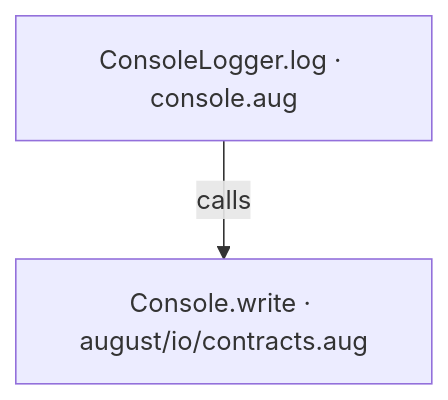
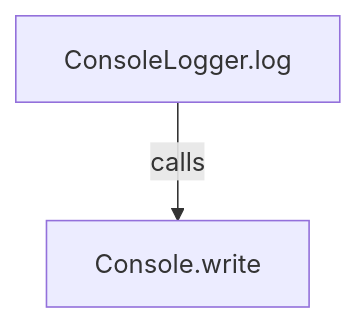
Before and after one commit to GreenPandaStudios/augscript: the second of 3 diagrams in docs/examples/new-syntax/console-diagrams.md, drawn with Mermaid. The commit also changed other lines of this file and 524 other files, not shown here.

Commit message:
Explain checked data flow at folder and service levels

````diff
--- a/docs/examples/new-syntax/console-diagrams.md
+++ b/docs/examples/new-syntax/console-diagrams.md
@@ -31,6 +31,6 @@
 ```mermaid
 flowchart TD
-    n0["Console.write · august/io/contracts.aug"]
-    n1["ConsoleLogger.log · console.aug"]
+    n0["Console.write"]
+    n1["ConsoleLogger.log"]
     n1 -->|"calls"| n0
 ```
````
